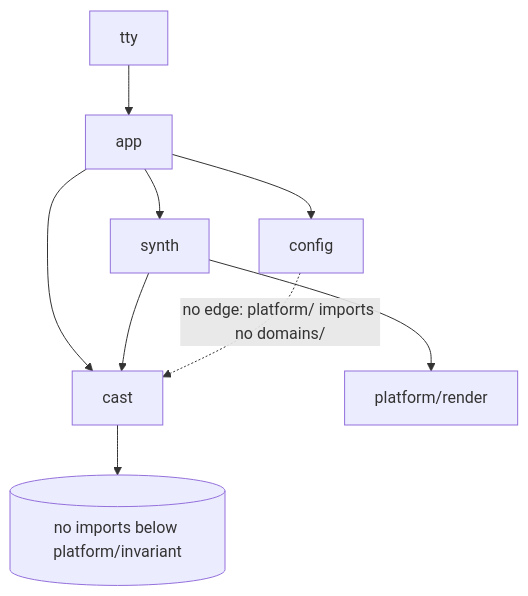
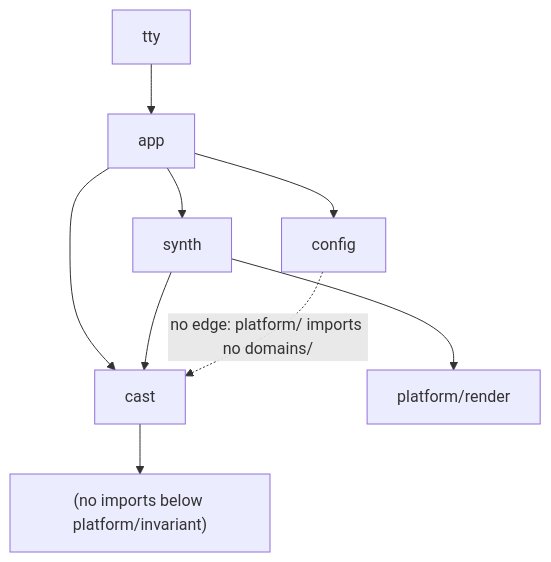
One commit to branden-thompson/watchpost changed the second of 5 diagrams in 06_docs/02_features/multi-voice-support/03-architecture-design/plan.md. Above: the diagram before and after it, drawn with Mermaid. The commit also changed other lines of this file and 59 other files, not shown here.

````diff
--- a/06_docs/02_features/multi-voice-support/03-architecture-design/plan.md
+++ b/06_docs/02_features/multi-voice-support/03-architecture-design/plan.md
@@ -282,11 +282,11 @@
 ```mermaid
 flowchart TD
   tty --> app
   app --> cast
   app --> synth
   app --> config
   synth --> cast
   synth --> render[platform/render]
-  cast --> nothing[(no imports below platform/invariant)]
+  cast --> nothing["(no imports below platform/invariant)"]
   config -. no edge: platform/ imports no domains/ .-> cast
 ```
````
